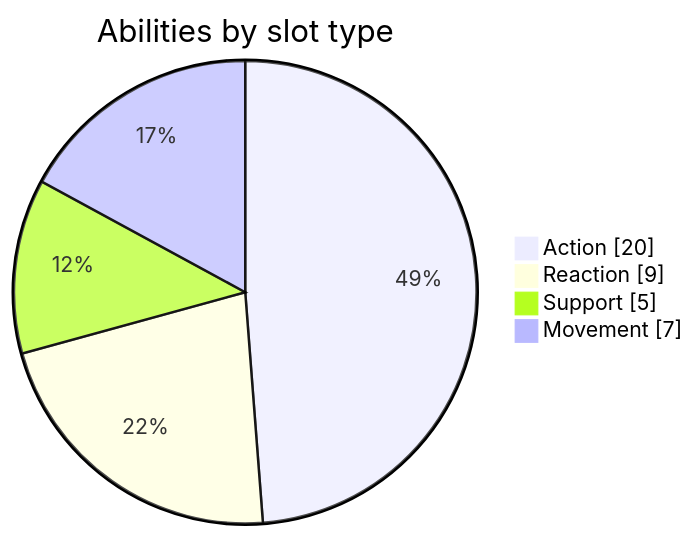
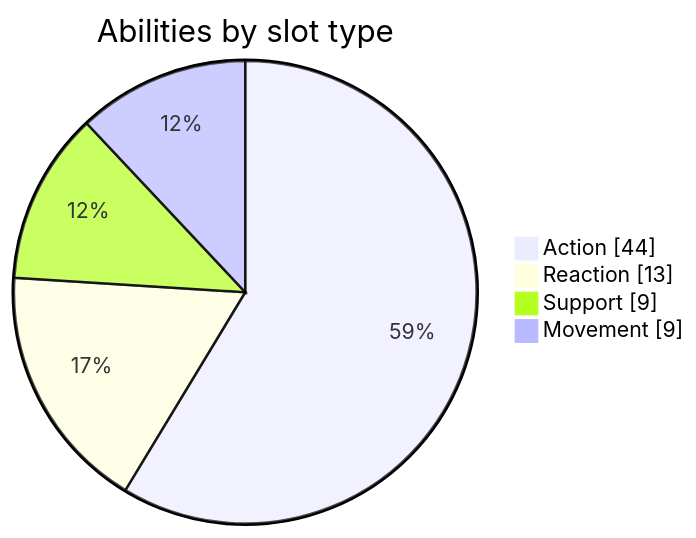
The second of 3 diagrams in docs/CONTENT_REFERENCE.md (CptNope/Chess-RPG-Tactics), drawn with Mermaid before and after one commit. The commit also changed other lines of this file and 49 other files, not shown here.

````diff
--- a/docs/CONTENT_REFERENCE.md
+++ b/docs/CONTENT_REFERENCE.md
@@ -40,7 +44,7 @@
 ```mermaid
 pie showData title Abilities by slot type
-  "Action" : 20
-  "Reaction" : 9
-  "Support" : 5
-  "Movement" : 7
+  "Action" : 44
+  "Reaction" : 13
+  "Support" : 9
+  "Movement" : 9
 ```
````
